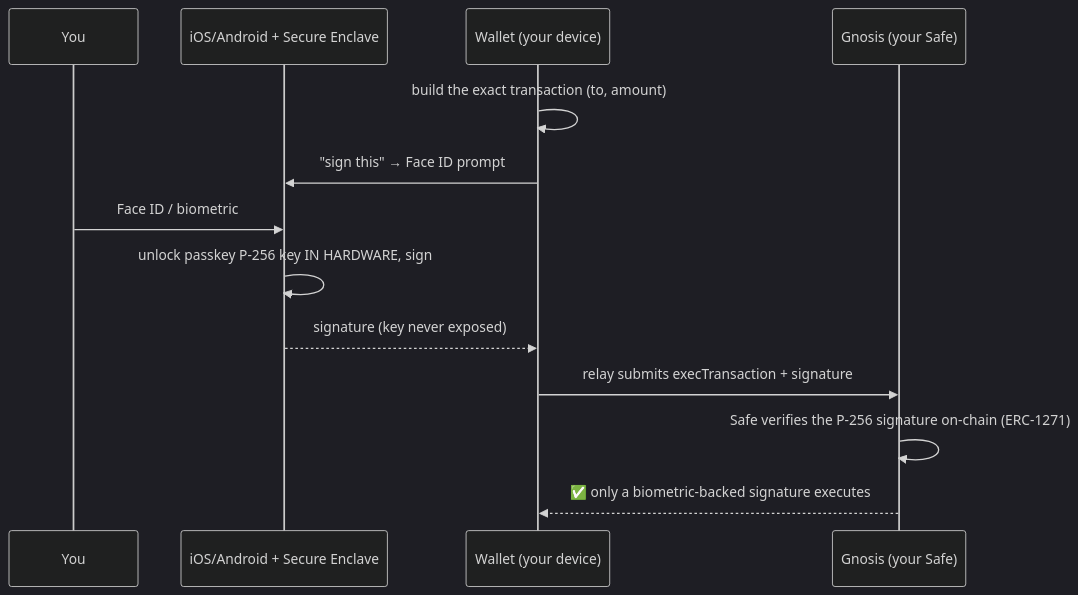
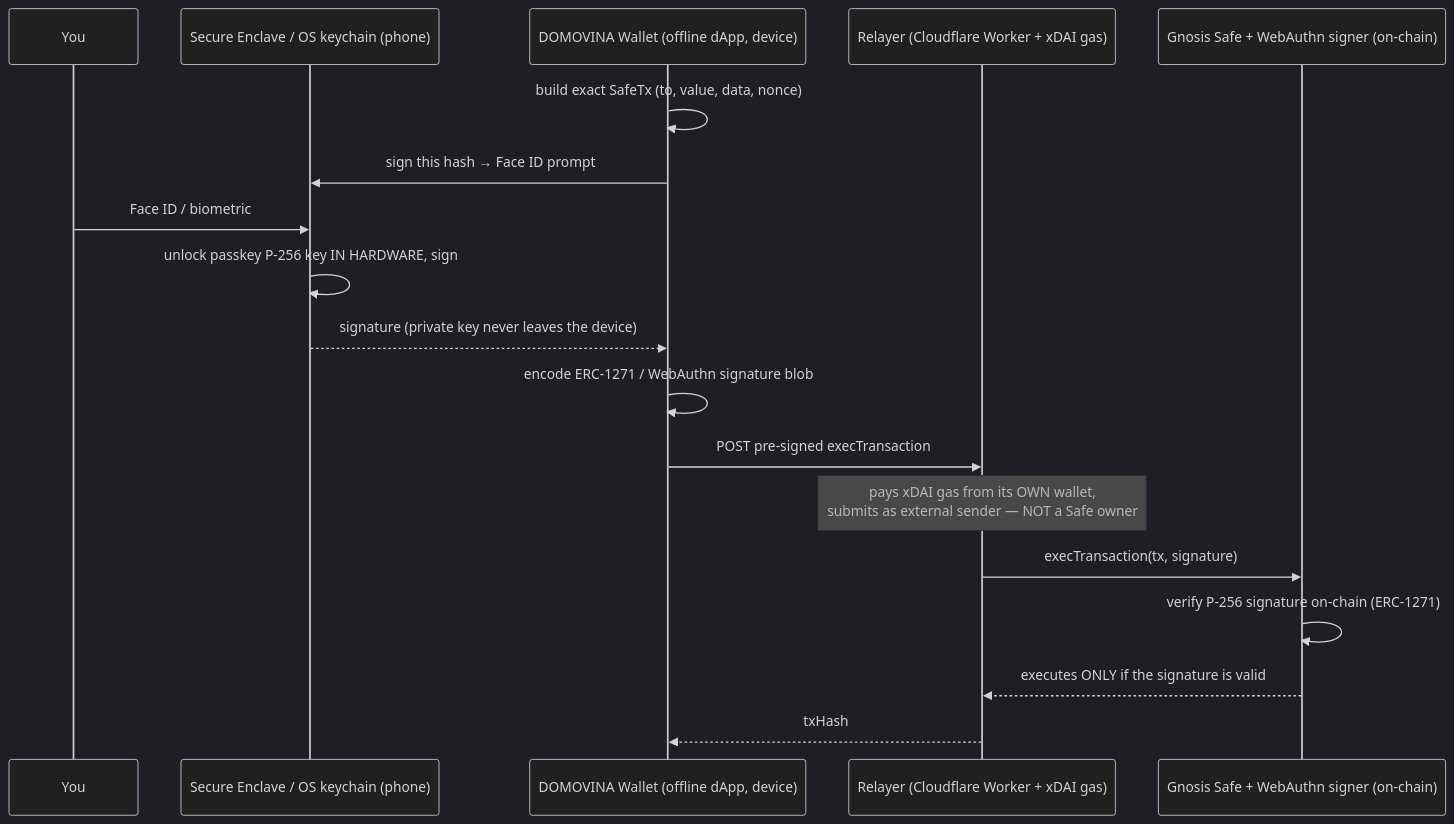
Before and after one commit to domovinatv/pay.domovina.ai: the third of 4 diagrams in wallet/docs/security-custody-model.md, drawn with Mermaid (dark theme). The commit also changed other lines of this file, not shown here.

First line of the commit message:
docs(custody): §4 — name all 5 technical entities; Relayer as a distinct CF Worker

````diff
--- a/wallet/docs/security-custody-model.md
+++ b/wallet/docs/security-custody-model.md
@@ -97,16 +114,21 @@
 ```mermaid
 sequenceDiagram
     participant U as You
-    participant OS as iOS/Android + Secure Enclave
-    participant App as Wallet (your device)
-    participant Chain as Gnosis (your Safe)
+    participant SE as Secure Enclave / OS keychain (phone)
+    participant App as DOMOVINA Wallet (offline dApp, device)
+    participant Relay as Relayer (Cloudflare Worker + xDAI gas)
+    participant Safe as Gnosis Safe + WebAuthn signer (on-chain)
 
-    App->>App: build the exact transaction (to, amount)
-    App->>OS: "sign this" → Face ID prompt
-    U->>OS: Face ID / biometric
-    OS->>OS: unlock passkey P-256 key IN HARDWARE, sign
-    OS-->>App: signature (key never exposed)
-    App->>Chain: relay submits execTransaction + signature
-    Chain->>Chain: Safe verifies the P-256 signature on-chain (ERC-1271)
-    Chain-->>App: ✅ only a biometric-backed signature executes
+    App->>App: build exact SafeTx (to, value, data, nonce)
+    App->>SE: sign this hash → Face ID prompt
+    U->>SE: Face ID / biometric
+    SE->>SE: unlock passkey P-256 key IN HARDWARE, sign
+    SE-->>App: signature (private key never leaves the device)
+    App->>App: encode ERC-1271 / WebAuthn signature blob
+    App->>Relay: POST pre-signed execTransaction
+    Note over Relay: pays xDAI gas from its OWN wallet,<br/>submits as external sender — NOT a Safe owner
+    Relay->>Safe: execTransaction(tx, signature)
+    Safe->>Safe: verify P-256 signature on-chain (ERC-1271)
+    Safe-->>Relay: executes ONLY if the signature is valid
+    Relay-->>App: txHash
 ```
````
